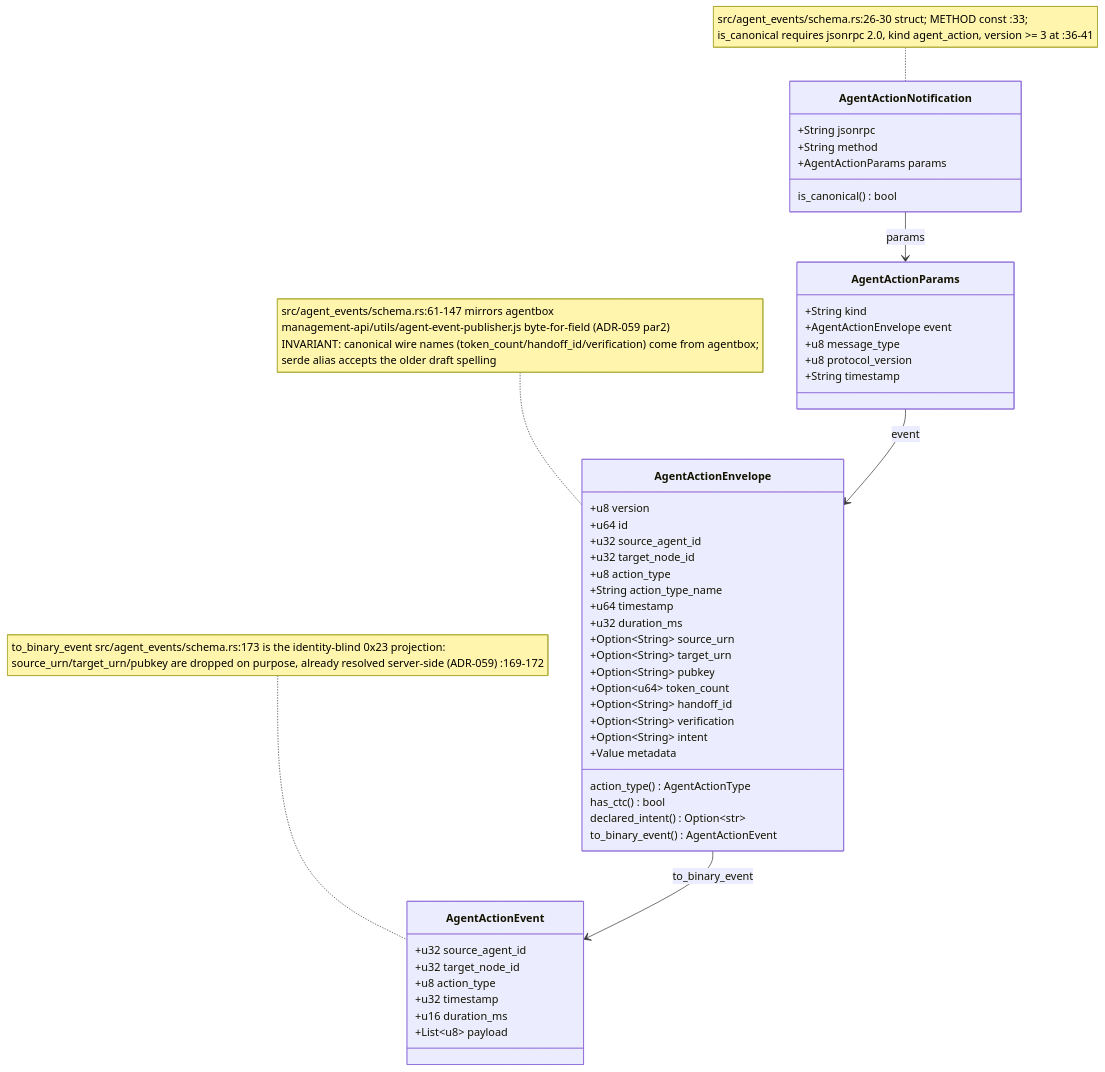
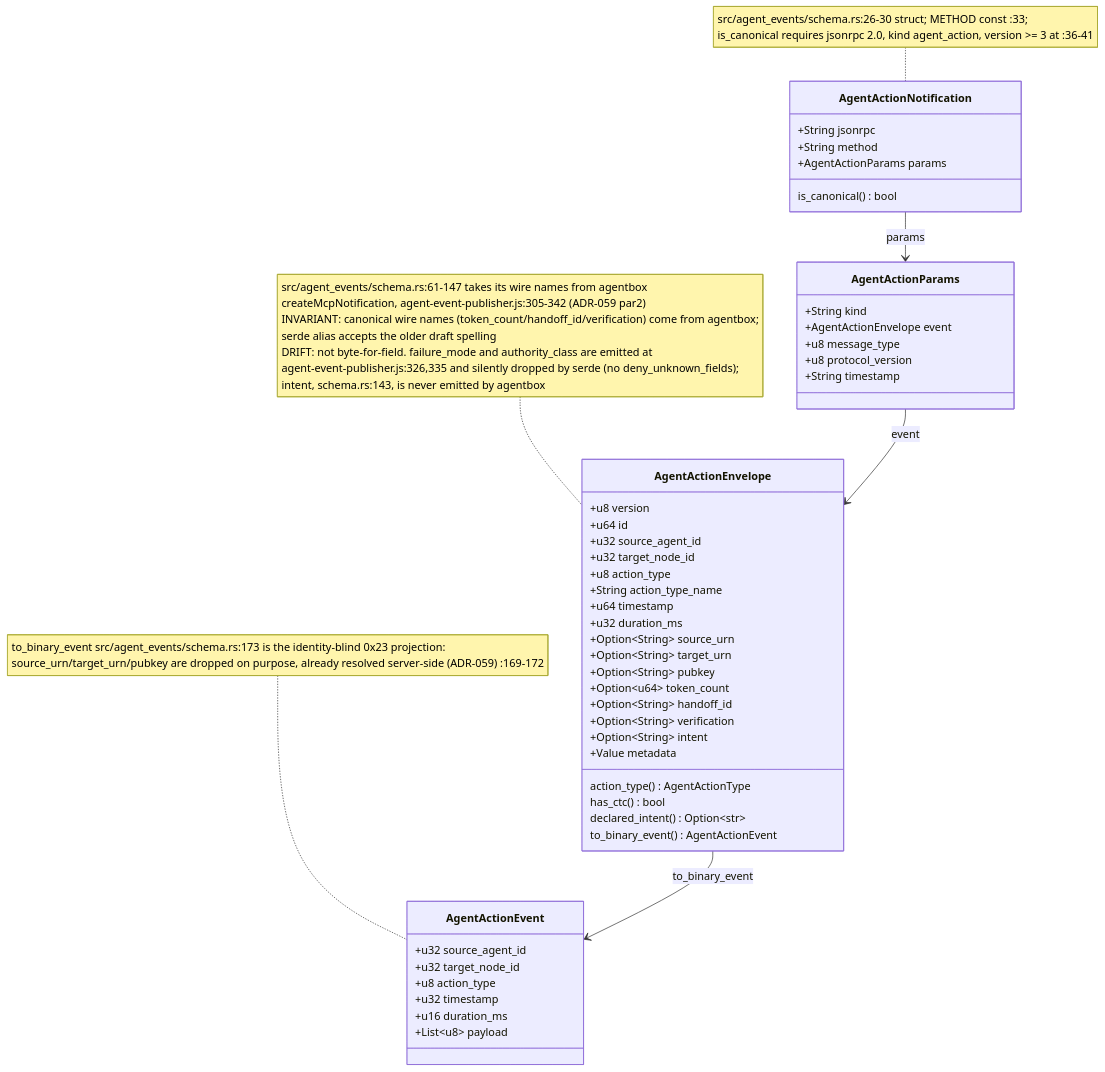
Before and after one commit to DreamLab-AI/VisionFlow: the first of 12 diagrams in docs/diagrams/estate/03-cross-repo-federation-contract.md, drawn with Mermaid. The commit also changed other lines of this file and 91 other files, not shown here.

````diff
--- a/docs/diagrams/estate/03-cross-repo-federation-contract.md
+++ b/docs/diagrams/estate/03-cross-repo-federation-contract.md
@@ -43,52 +58,52 @@
 ```mermaid
 classDiagram
     class AgentActionNotification {
       +String jsonrpc
       +String method
       +AgentActionParams params
       is_canonical() bool
     }
     class AgentActionParams {
       +String kind
       +AgentActionEnvelope event
       +u8 message_type
       +u8 protocol_version
       +String timestamp
     }
     class AgentActionEnvelope {
       +u8 version
       +u64 id
       +u32 source_agent_id
       +u32 target_node_id
       +u8 action_type
       +String action_type_name
       +u64 timestamp
       +u32 duration_ms
       +Option~String~ source_urn
       +Option~String~ target_urn
       +Option~String~ pubkey
       +Option~u64~ token_count
       +Option~String~ handoff_id
       +Option~String~ verification
       +Option~String~ intent
       +Value metadata
       action_type() AgentActionType
       has_ctc() bool
       declared_intent() Option~str~
       to_binary_event() AgentActionEvent
     }
     class AgentActionEvent {
       +u32 source_agent_id
       +u32 target_node_id
       +u8 action_type
       +u32 timestamp
       +u16 duration_ms
       +List~u8~ payload
     }
     AgentActionNotification --> AgentActionParams : params
     AgentActionParams --> AgentActionEnvelope : event
     AgentActionEnvelope --> AgentActionEvent : to_binary_event
     note for AgentActionNotification "src/agent_events/schema.rs:26-30 struct; METHOD const :33;<br/>is_canonical requires jsonrpc 2.0, kind agent_action, version >= 3 at :36-41"
-    note for AgentActionEnvelope "src/agent_events/schema.rs:61-147 mirrors agentbox<br/>management-api/utils/agent-event-publisher.js byte-for-field (ADR-059 par2)<br/>INVARIANT: canonical wire names (token_count/handoff_id/verification) come from agentbox;<br/>serde alias accepts the older draft spelling"
+    note for AgentActionEnvelope "src/agent_events/schema.rs:61-147 takes its wire names from agentbox<br/>createMcpNotification, agent-event-publisher.js:305-342 (ADR-059 par2)<br/>INVARIANT: canonical wire names (token_count/handoff_id/verification) come from agentbox;<br/>serde alias accepts the older draft spelling<br/>DRIFT: not byte-for-field. failure_mode and authority_class are emitted at<br/>agent-event-publisher.js:326,335 and silently dropped by serde (no deny_unknown_fields);<br/>intent, schema.rs:143, is never emitted by agentbox"
     note for AgentActionEvent "to_binary_event src/agent_events/schema.rs:173 is the identity-blind 0x23 projection:<br/>source_urn/target_urn/pubkey are dropped on purpose, already resolved server-side (ADR-059) :169-172"
 ```
````
